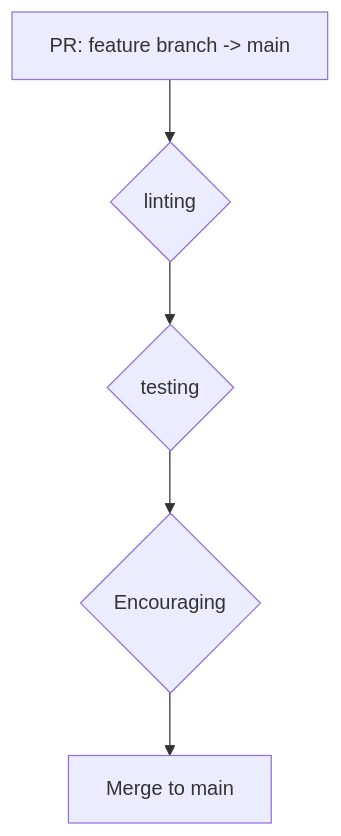
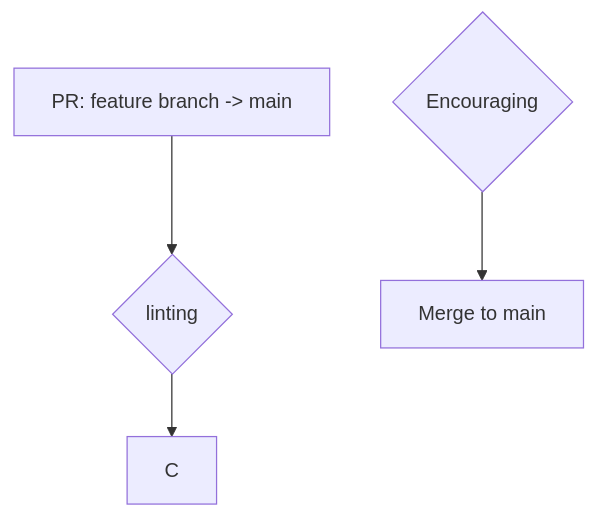
One commit to hjohnss6/learning-github changed the diagram in README.md. Above: the diagram before and after it, drawn with Mermaid.

````diff
--- a/README.md
+++ b/README.md
@@ -11,7 +11,6 @@
 ```mermaid
   graph TD;
       A[PR: feature branch -> main]-->B;
       B{linting}-->C;
-      C{testing}-->D;
       D{Encouraging}-->E[Merge to main];
 ```
````
